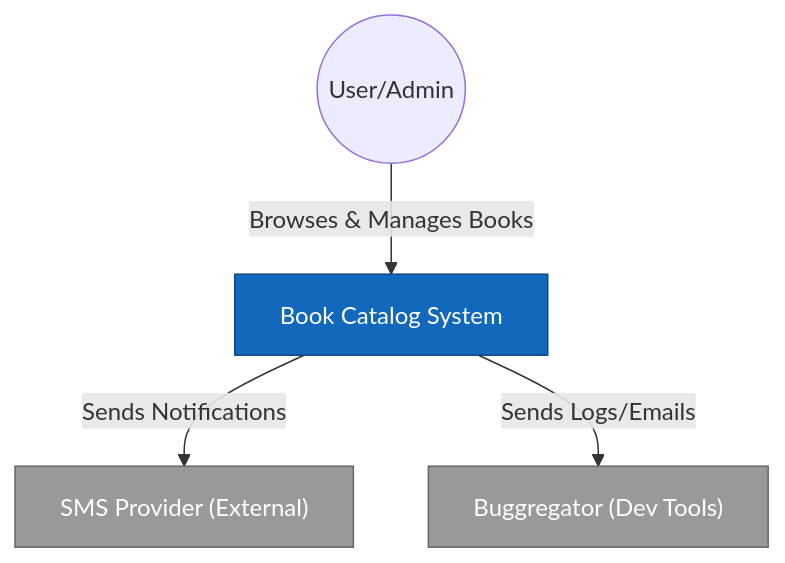
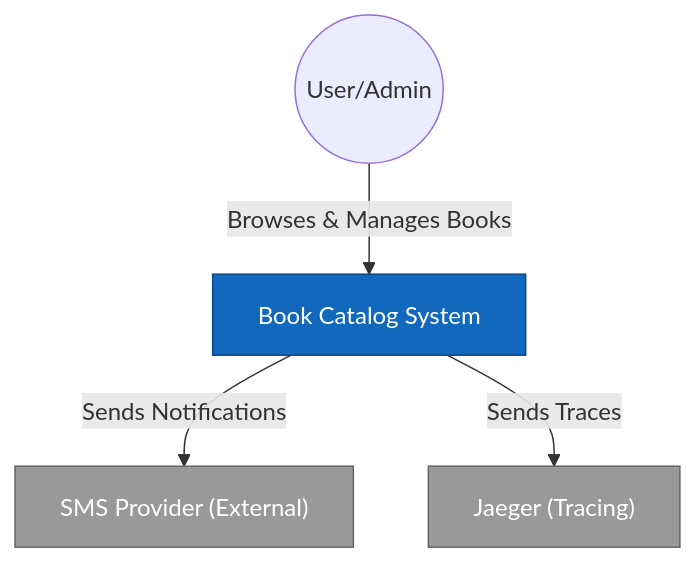
Before and after one commit to WarLikeLaux/yii2-book-catalog: the first of 3 diagrams in docs/ARCHITECTURE.md, drawn with Mermaid. The commit also changed other lines of this file and 13 other files, not shown here.

````diff
--- a/docs/ARCHITECTURE.md
+++ b/docs/ARCHITECTURE.md
@@ -66,15 +66,15 @@
 ```mermaid
 graph TD
     User((User/Admin))
     System[Book Catalog System]
     SMS["SMS Provider (External)"]
-    Buggregator["Buggregator (Dev Tools)"]
+    Jaeger["Jaeger (Tracing)"]
 
     User -- "Browses & Manages Books" --> System
     System -- "Sends Notifications" --> SMS
-    System -- "Sends Logs/Emails" --> Buggregator
+    System -- "Sends Traces" --> Jaeger
 
     style System fill:#1168bd,stroke:#0b4884,color:#ffffff
     style SMS fill:#999999,stroke:#666666,color:#ffffff
-    style Buggregator fill:#999999,stroke:#666666,color:#ffffff
+    style Jaeger fill:#999999,stroke:#666666,color:#ffffff
 ```
````
